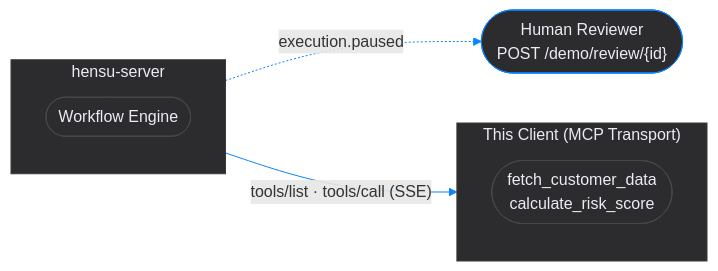
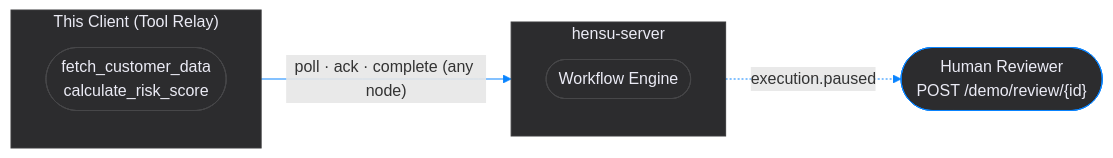
The diagram in integrations/spring-reference-client/README.md (hensu-project/hensu), drawn with Mermaid before and after one commit. The commit also changed other lines of this file and 224 other files, not shown here.

````diff
--- a/integrations/spring-reference-client/README.md
+++ b/integrations/spring-reference-client/README.md
@@ -11,25 +11,25 @@
 ```mermaid
 flowchart LR
     subgraph server["hensu-server"]
         direction TB
         engine(["Workflow Engine"])
     end
 
-    subgraph client["This Client (MCP Transport)"]
+    subgraph client["This Client (Tool Relay)"]
         direction TB
         tools(["fetch_customer_data\ncalculate_risk_score"])
     end
 
     reviewer(["Human Reviewer\nPOST /demo/review/{id}"])
 
-    engine -->|"tools/list · tools/call (SSE)"| tools
+    tools -->|"poll · ack · complete (any node)"| engine
     engine -.->|"execution.paused"| reviewer
 
     style server fill:#2c2c2e, stroke:#3a3a3c, color:#ebebf5, stroke-width:1px
     style client fill:#2c2c2e, stroke:#3a3a3c, color:#ebebf5, stroke-width:1px
     style engine fill:#2c2c2e, stroke:#48484a, color:#ebebf5, stroke-width:1px
     style tools fill:#2c2c2e, stroke:#48484a, color:#ebebf5, stroke-width:1px
     style reviewer fill:#2c2c2e, stroke:#0A84FF, color:#ebebf5, stroke-width:1px
 
     linkStyle default stroke:#0A84FF, stroke-width:1px
 ```
````
